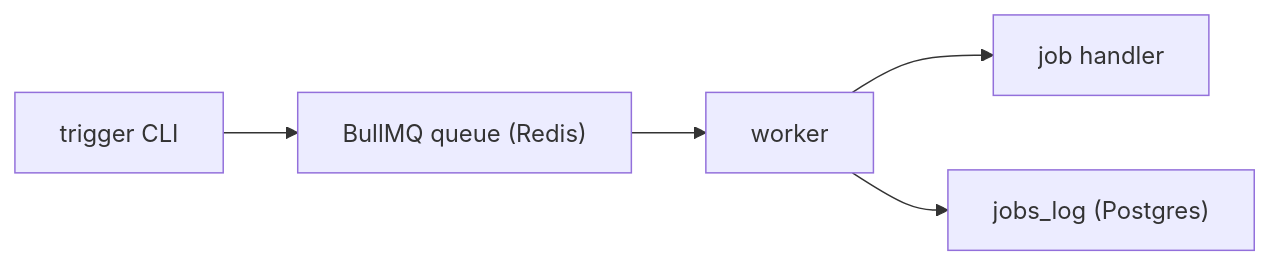
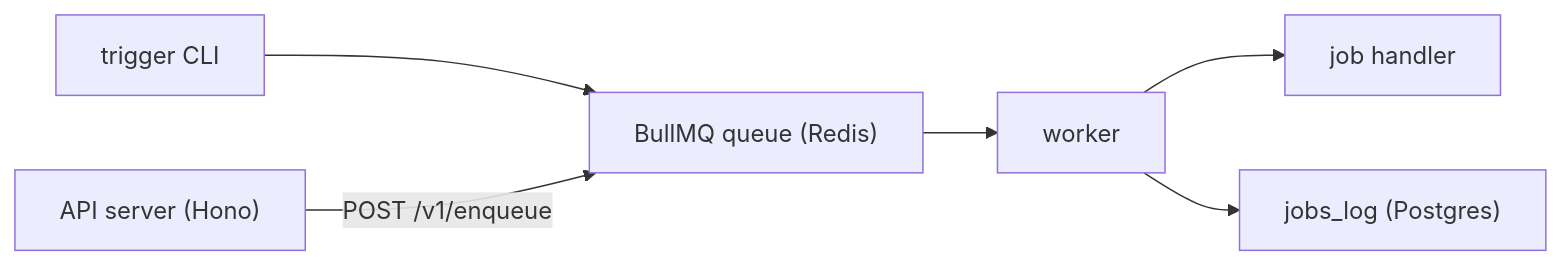
The diagram in README.md (ianuriegas/cinnamon), drawn with Mermaid before and after one commit. The commit also changed other lines of this file and 11 other files, not shown here.

````diff
--- a/README.md
+++ b/README.md
@@ -10,7 +12,8 @@
 ```mermaid
 flowchart LR
-  Trigger["trigger CLI"] --> Queue["BullMQ queue (Redis)"]
+  CLI["trigger CLI"] --> Queue["BullMQ queue (Redis)"]
+  API["API server (Hono)"] -->|"POST /v1/enqueue"| Queue
   Queue --> Worker[worker]
   Worker --> Handler[job handler]
   Worker --> JobsLog["jobs_log (Postgres)"]
 ```
````
